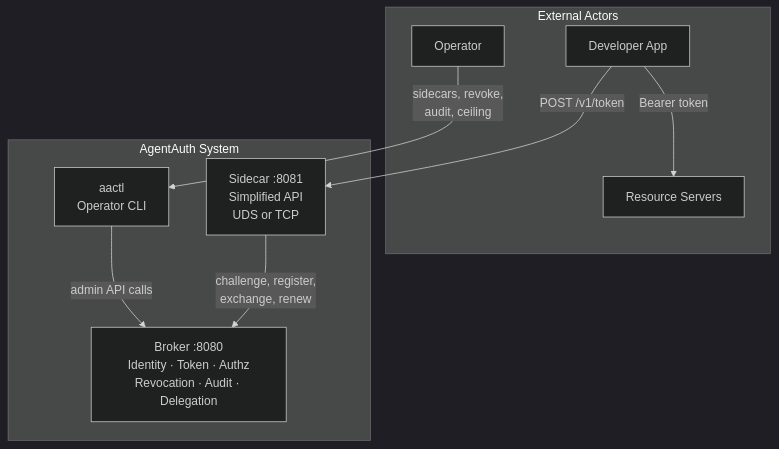
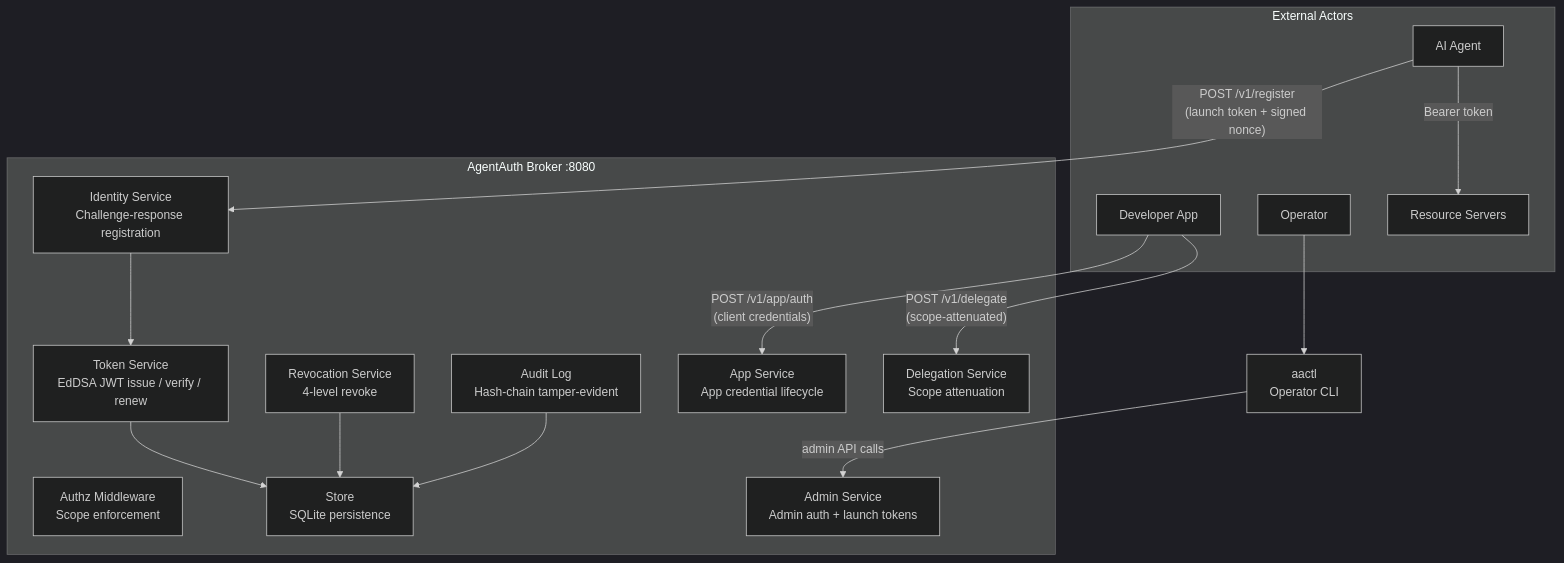
Before and after one commit to devonartis/agentwrit: the diagram in README.md, drawn with Mermaid (dark theme). The commit also changed other lines of this file and 21 other files, not shown here.

````diff
--- a/README.md
+++ b/README.md
@@ -63,20 +98,35 @@
 ```mermaid
 flowchart TB
     subgraph External["External Actors"]
+        AGENT["AI Agent"]
         DEV["Developer App"]
         ADMIN["Operator"]
         RS["Resource Servers"]
     end
 
-    subgraph AA["AgentAuth System"]
-        SIDECAR["Sidecar :8081\nSimplified API\nUDS or TCP"]
-        BROKER["Broker :8080\nIdentity · Token · Authz\nRevocation · Audit · Delegation"]
-        AACTL["aactl\nOperator CLI"]
+    subgraph AA["AgentAuth Broker :8080"]
+        IDENTITY["Identity Service\nChallenge-response registration"]
+        TOKEN["Token Service\nEdDSA JWT issue / verify / renew"]
+        AUTHZ["Authz Middleware\nScope enforcement"]
+        REVOKE["Revocation Service\n4-level revoke"]
+        AUDIT["Audit Log\nHash-chain tamper-evident"]
+        DELEG["Delegation Service\nScope attenuation"]
+        APPSVC["App Service\nApp credential lifecycle"]
+        ADMINSVC["Admin Service\nAdmin auth + launch tokens"]
+        STORE["Store\nSQLite persistence"]
     end
 
-    DEV -- "POST /v1/token" --> SIDECAR
-    SIDECAR -- "challenge, register,\nexchange, renew" --> BROKER
-    ADMIN -- "sidecars, revoke,\naudit, ceiling" --> AACTL
-    AACTL -- "admin API calls" --> BROKER
-    DEV -- "Bearer token" --> RS
+    AACTL["aactl\nOperator CLI"]
+
+    AGENT -- "POST /v1/register\n(launch token + signed nonce)" --> IDENTITY
+    AGENT -- "Bearer token" --> RS
+    DEV -- "POST /v1/app/auth\n(client credentials)" --> APPSVC
+    DEV -- "POST /v1/delegate\n(scope-attenuated)" --> DELEG
+    ADMIN --> AACTL
+    AACTL -- "admin API calls" --> ADMINSVC
+
+    IDENTITY --> TOKEN
+    TOKEN --> STORE
+    REVOKE --> STORE
+    AUDIT --> STORE
 ```
````
